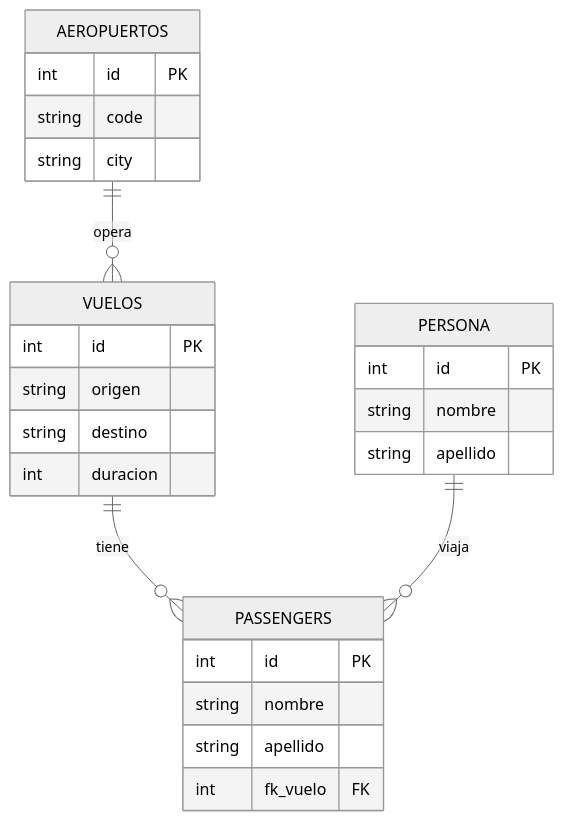
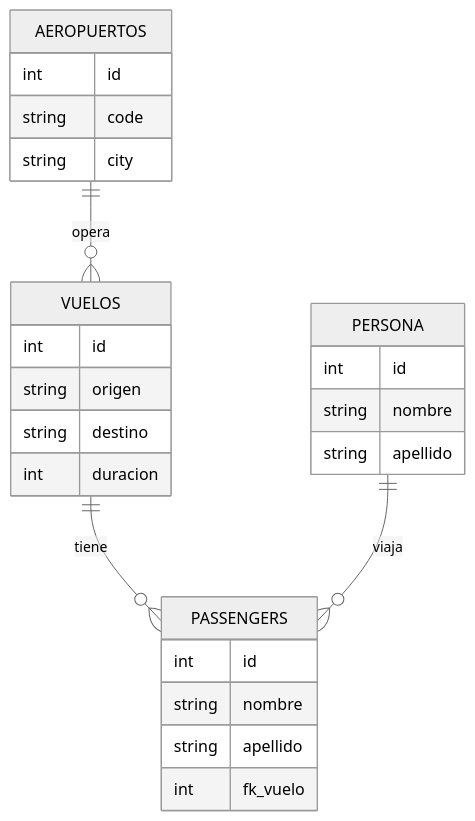
The diagram in README.md (jcarbajal-dv/VuelosOK), drawn with Mermaid (neutral theme) before and after one commit.

Commit message:
Otro commit

````diff
--- a/README.md
+++ b/README.md
@@ -7,32 +7,33 @@
 ```mermaid
 erDiagram
     VUELOS {
-        int id PK
+        int id
         string origen
         string destino
         int duracion
     }
 
     PERSONA {
-        int id PK
+        int id
         string nombre
         string apellido
     }
 
     PASSENGERS {
-        int id PK
+        int id
         string nombre
         string apellido
-        int fk_vuelo FK
+        int fk_vuelo
     }
 
     AEROPUERTOS {
-        int id PK
+        int id
         string code
         string city
     }
 
-    VUELOS ||--o{ PASSENGERS : tiene
-    AEROPUERTOS ||--o{ VUELOS : opera
-    PERSONA ||--o{ PASSENGERS : viaja
+    VUELOS ||--o{ PASSENGERS : "tiene"
+    AEROPUERTOS ||--o{ VUELOS : "opera"
+    PERSONA ||--o{ PASSENGERS : "viaja"
+
 ```
````
